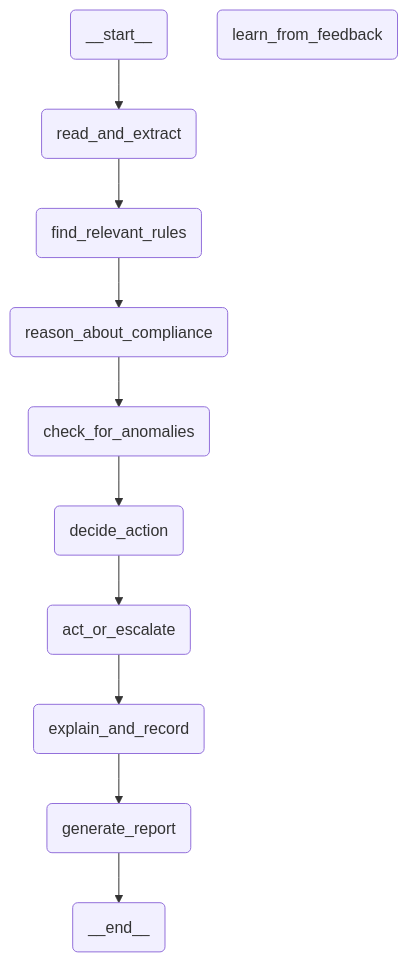
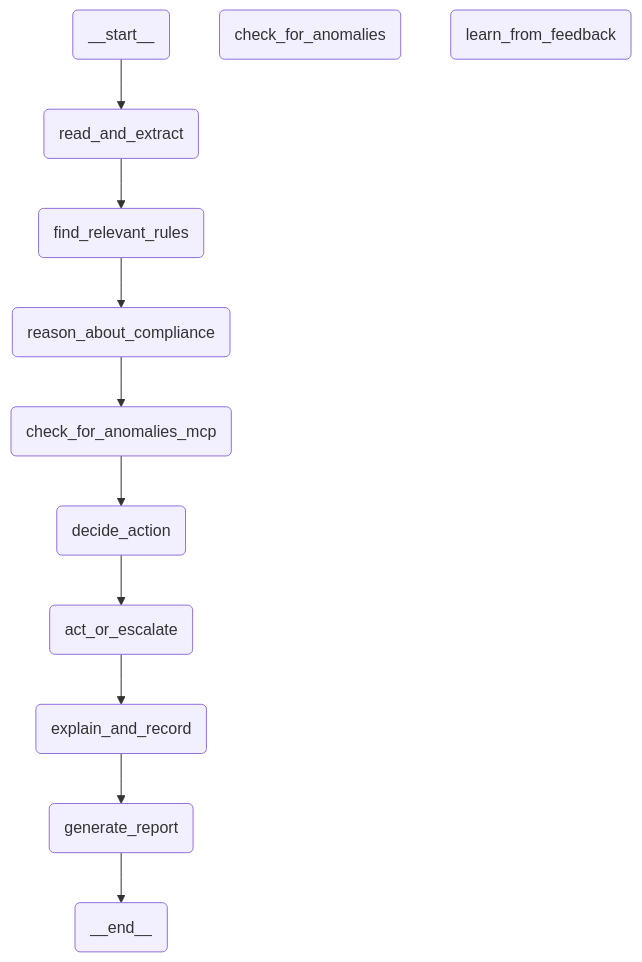
The diagram in Agent - DeepComplianceAgent/agent.mermaid (manojbatra071/UiPathSamples), drawn with Mermaid before and after one commit. The commit also changed 20 other files, not shown here.

```diff
--- a/Agent - DeepComplianceAgent/agent.mermaid
+++ b/Agent - DeepComplianceAgent/agent.mermaid
@@ -1,29 +1,30 @@
 ---
 config:
   flowchart:
     curve: linear
 ---
 graph TD;
 	__start__(<p>__start__</p>)
 	read_and_extract(read_and_extract)
 	find_relevant_rules(find_relevant_rules)
 	reason_about_compliance(reason_about_compliance)
+	check_for_anomalies_mcp(check_for_anomalies_mcp)
 	check_for_anomalies(check_for_anomalies)
 	decide_action(decide_action)
 	act_or_escalate(act_or_escalate)
 	explain_and_record(explain_and_record)
 	generate_report(generate_report)
 	learn_from_feedback(learn_from_feedback)
 	__end__(<p>__end__</p>)
 	__start__ --> read_and_extract;
 	act_or_escalate --> explain_and_record;
-	check_for_anomalies --> decide_action;
+	check_for_anomalies_mcp --> decide_action;
 	decide_action --> act_or_escalate;
 	explain_and_record --> generate_report;
 	find_relevant_rules --> reason_about_compliance;
 	read_and_extract --> find_relevant_rules;
-	reason_about_compliance --> check_for_anomalies;
+	reason_about_compliance --> check_for_anomalies_mcp;
 	generate_report --> __end__;
 	classDef default fill:#f2f0ff,line-height:1.2
 	classDef first fill-opacity:0
 	classDef last fill:#bfb6fc
```
